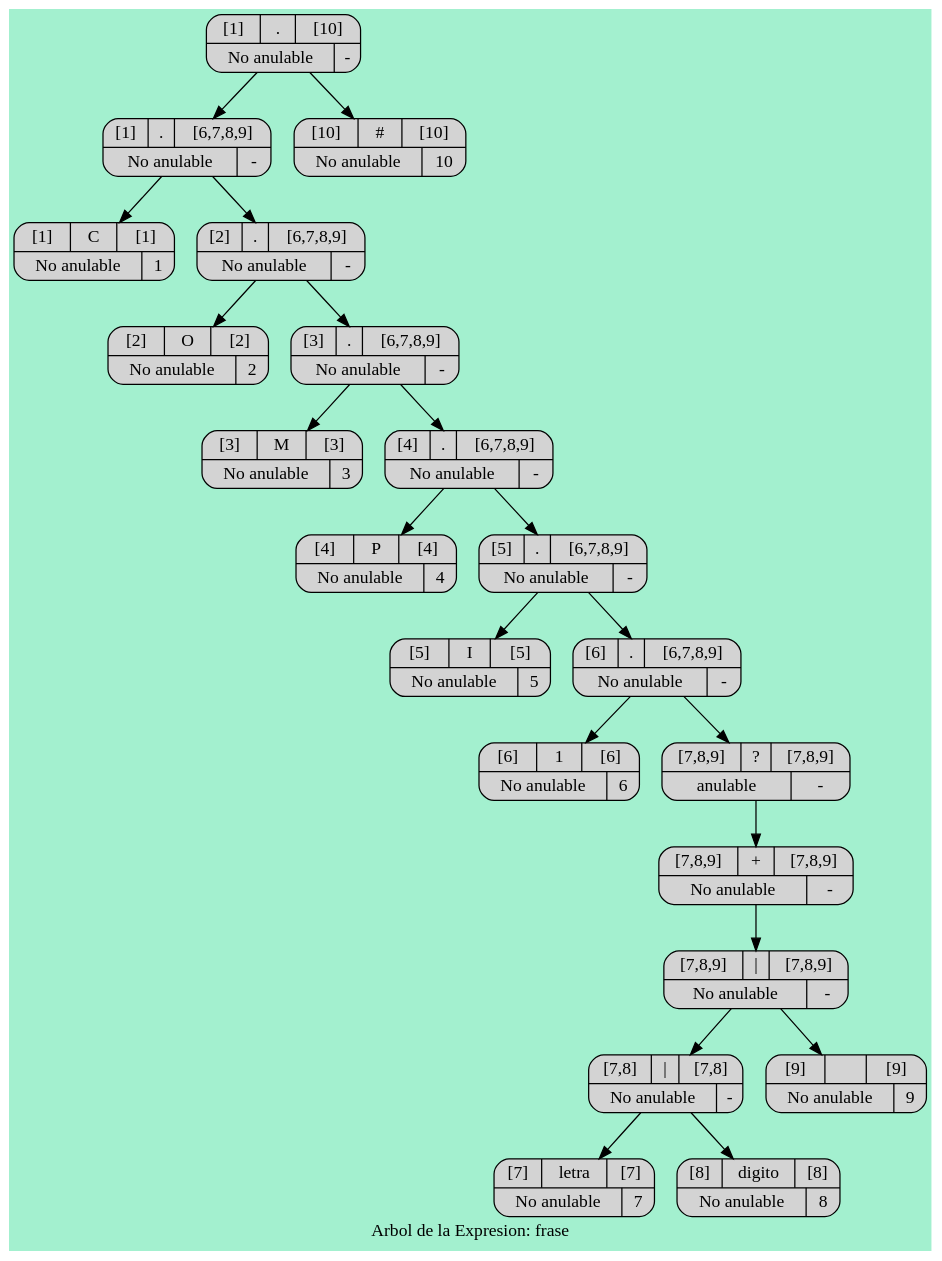
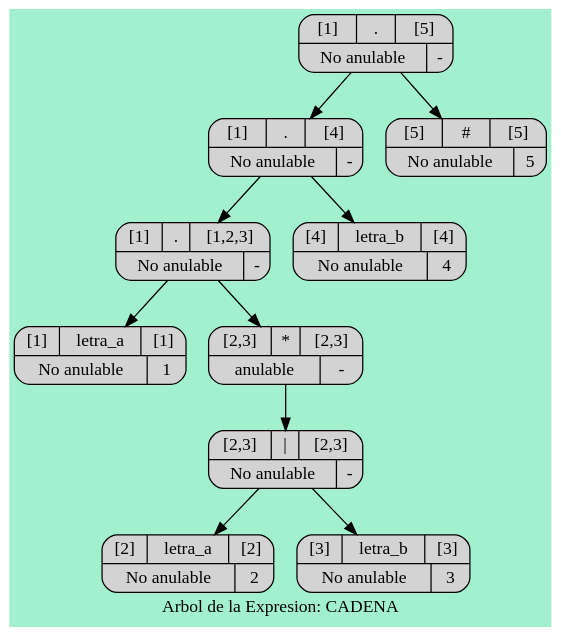
The diagram in src/main/java/Graphviz/Arbol_Sintactico0.dot (walterjav19/OLC1_202111718_Proyecto1), drawn with Graphviz before and after one commit. The commit also changed 10 other files, not shown here.

```diff
--- a/src/main/java/Graphviz/Arbol_Sintactico0.dot
+++ b/src/main/java/Graphviz/Arbol_Sintactico0.dot
@@ -1,47 +1,25 @@
 digraph Arbol_Sintactico{
   bgcolor = "#A3F0CF"
 node [shape=Mrecord style =filled];
-label ="Arbol de la Expresion: frase"node0[label="{{[1]|.|[10]}|{No anulable|-}}"];
+label ="Arbol de la Expresion: CADENA"node0[label="{{[1]|.|[5]}|{No anulable|-}}"];
 node0 -> node00
-node00[label="{{[1]|.|[6,7,8,9]}|{No anulable|-}}"];
+node00[label="{{[1]|.|[4]}|{No anulable|-}}"];
 node00 -> node000
-node000[label="{{[1]|C|[1]}|{No anulable|1}}"];
+node000[label="{{[1]|.|[1,2,3]}|{No anulable|-}}"];
+node000 -> node0000
+node0000[label="{{[1]|letra_a|[1]}|{No anulable|1}}"];
+node000 -> node0001
+node0001[label="{{[2,3]|*|[2,3]}|{anulable|-}}"];
+node0001 -> node00010
+node00010[label="{{[2,3]|\||[2,3]}|{No anulable|-}}"];
+node00010 -> node000100
+node000100[label="{{[2]|letra_a|[2]}|{No anulable|2}}"];
+node00010 -> node000101
+node000101[label="{{[3]|letra_b|[3]}|{No anulable|3}}"];
 node00 -> node001
-node001[label="{{[2]|.|[6,7,8,9]}|{No anulable|-}}"];
-node001 -> node0010
-node0010[label="{{[2]|O|[2]}|{No anulable|2}}"];
-node001 -> node0011
-node0011[label="{{[3]|.|[6,7,8,9]}|{No anulable|-}}"];
-node0011 -> node00110
-node00110[label="{{[3]|M|[3]}|{No anulable|3}}"];
-node0011 -> node00111
-node00111[label="{{[4]|.|[6,7,8,9]}|{No anulable|-}}"];
-node00111 -> node001110
-node001110[label="{{[4]|P|[4]}|{No anulable|4}}"];
-node00111 -> node001111
-node001111[label="{{[5]|.|[6,7,8,9]}|{No anulable|-}}"];
-node001111 -> node0011110
-node0011110[label="{{[5]|I|[5]}|{No anulable|5}}"];
-node001111 -> node0011111
-node0011111[label="{{[6]|.|[6,7,8,9]}|{No anulable|-}}"];
-node0011111 -> node00111110
-node00111110[label="{{[6]|1|[6]}|{No anulable|6}}"];
-node0011111 -> node00111111
-node00111111[label="{{[7,8,9]|?|[7,8,9]}|{anulable|-}}"];
-node00111111 -> node001111110
-node001111110[label="{{[7,8,9]|+|[7,8,9]}|{No anulable|-}}"];
-node001111110 -> node0011111100
-node0011111100[label="{{[7,8,9]|\||[7,8,9]}|{No anulable|-}}"];
-node0011111100 -> node00111111000
-node00111111000[label="{{[7,8]|\||[7,8]}|{No anulable|-}}"];
-node00111111000 -> node001111110000
-node001111110000[label="{{[7]|letra|[7]}|{No anulable|7}}"];
-node00111111000 -> node001111110001
-node001111110001[label="{{[8]|digito|[8]}|{No anulable|8}}"];
-node0011111100 -> node00111111001
-node00111111001[label="{{[9]| |[9]}|{No anulable|9}}"];
+node001[label="{{[4]|letra_b|[4]}|{No anulable|4}}"];
 node0 -> node01
-node01[label="{{[10]|#|[10]}|{No anulable|10}}"];
+node01[label="{{[5]|#|[5]}|{No anulable|5}}"];
 
 
 }
```
